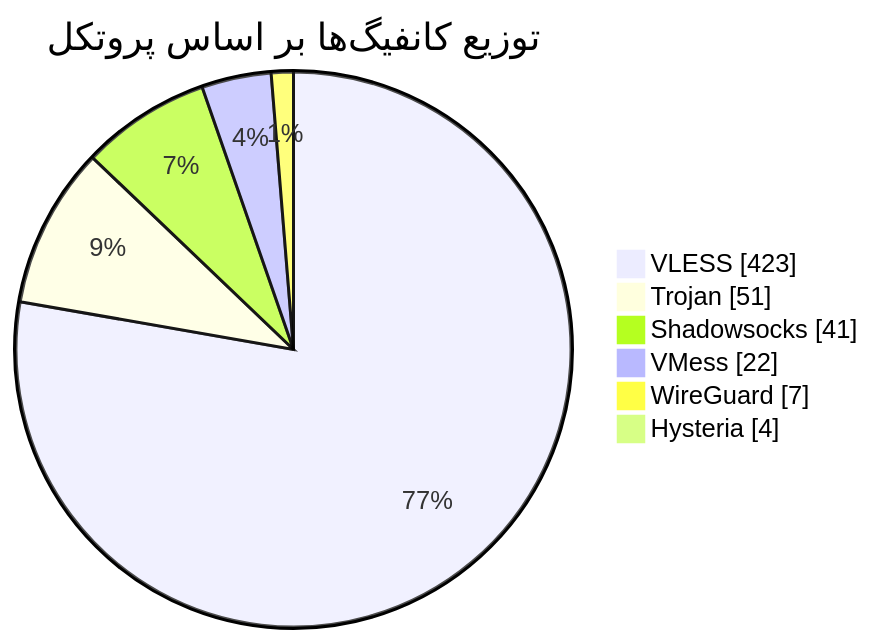
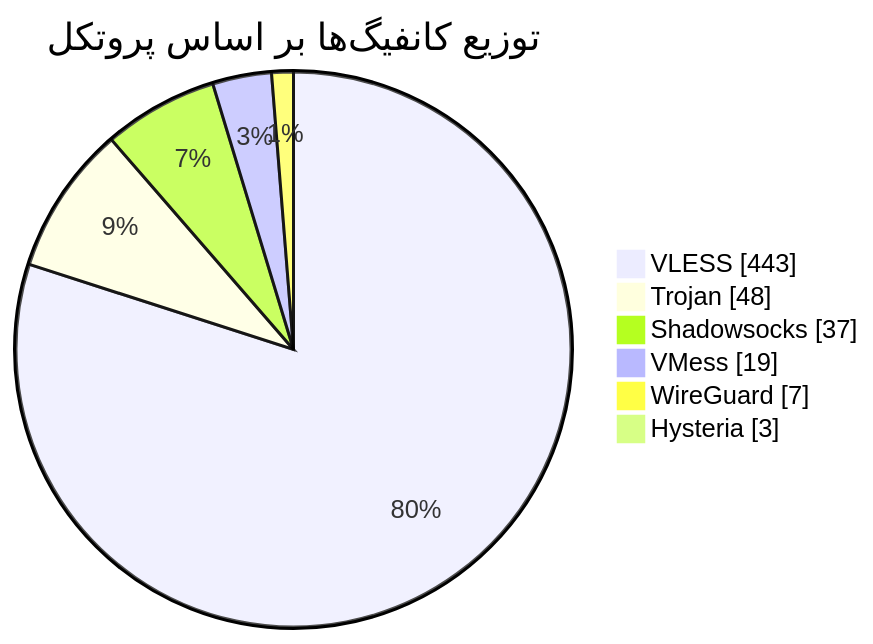
The diagram in README.md (Arian-Alijani/Somthing), drawn with Mermaid before and after one commit. The commit also changed other lines of this file and 73 other files, not shown here.

````diff
--- a/README.md
+++ b/README.md
@@ -48,10 +48,10 @@
 ```mermaid
 pie showData
     title توزیع کانفیگ‌ها بر اساس پروتکل
-    "VLESS" : 423
-    "Trojan" : 51
-    "Shadowsocks" : 41
-    "VMess" : 22
+    "VLESS" : 443
+    "Trojan" : 48
+    "Shadowsocks" : 37
+    "VMess" : 19
     "WireGuard" : 7
-    "Hysteria" : 4
+    "Hysteria" : 3
 ```
````
